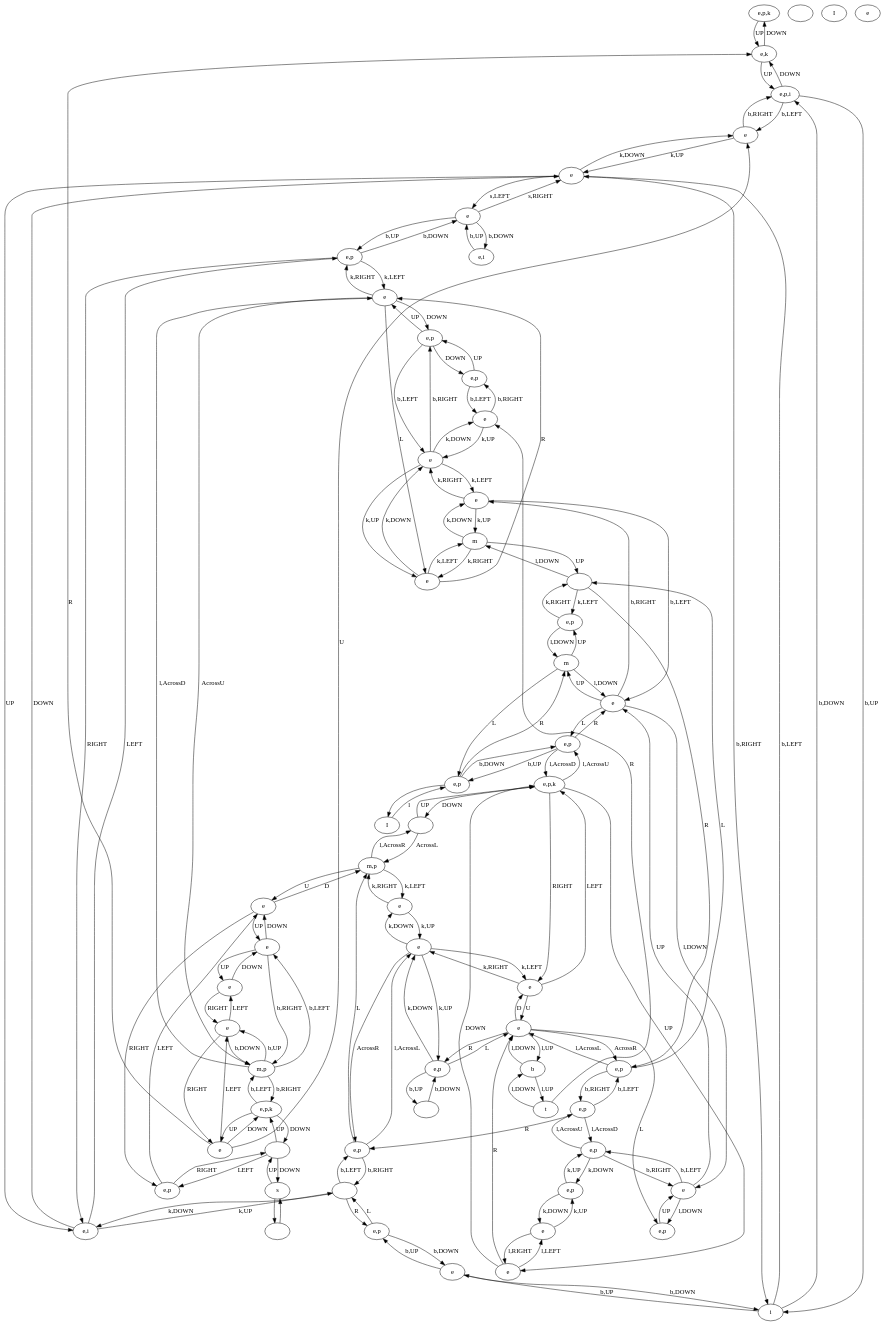
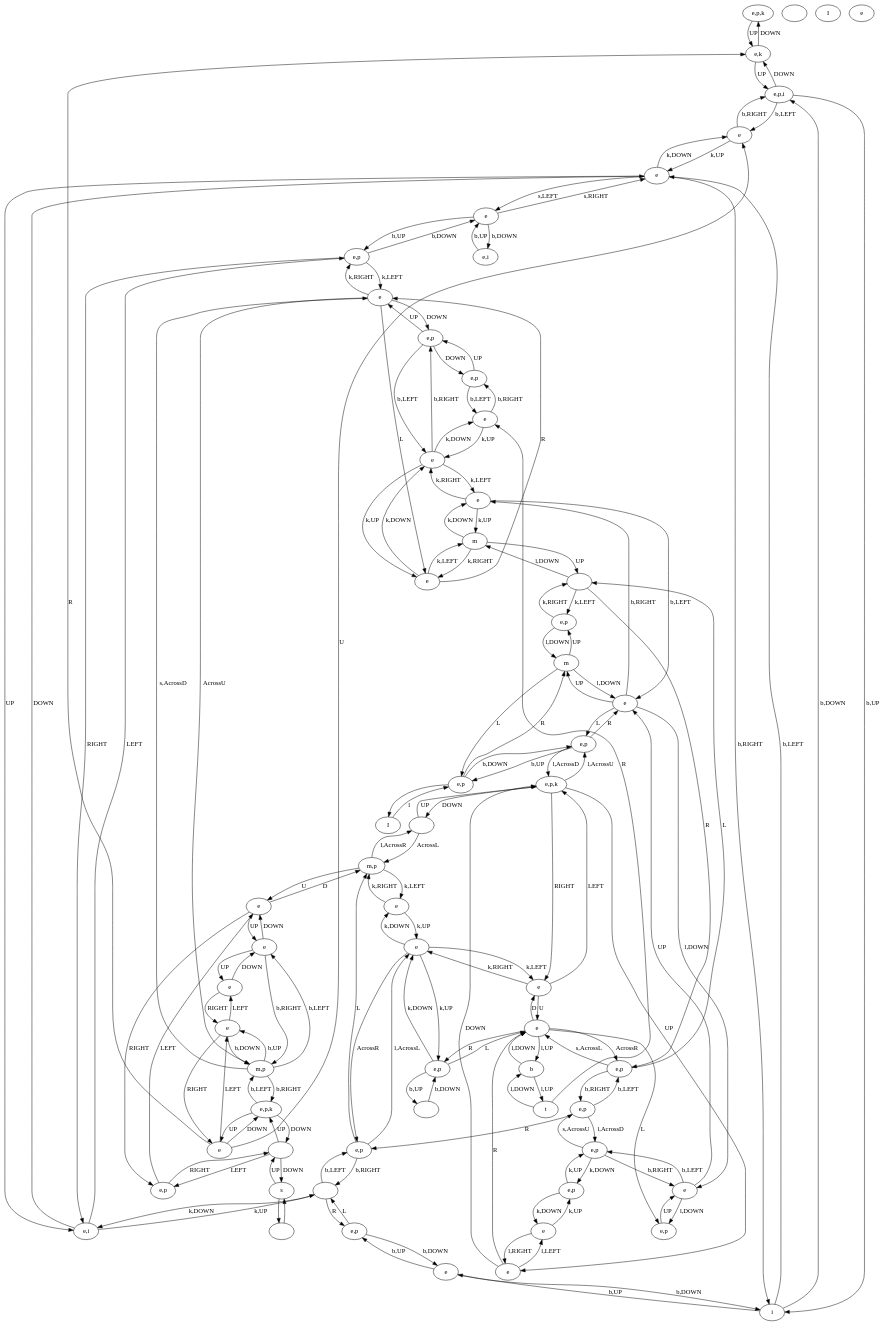
The diagram in data/VGLC/Zelda/Graph Processed/tloz9_1_flip.dot (schrum2/MM-NEAT), drawn with Graphviz before and after one commit. The commit also changed 4 other files, not shown here.

```diff
--- a/data/VGLC/Zelda/Graph Processed/tloz9_1_flip.dot
+++ b/data/VGLC/Zelda/Graph Processed/tloz9_1_flip.dot
@@ -185,11 +185,11 @@
 5 -> 33 [label="AcrossL"]
 55 -> 16 [label="l,AcrossD"]
 16 -> 55 [label="l,AcrossU"]
-57 -> 23 [label="l,AcrossU"]
+57 -> 23 [label="s,AcrossU"]
 23 -> 57 [label="l,AcrossD"]
 15 -> 22 [label="AcrossR"]
-22 -> 15 [label="l,AcrossL"]
-45 -> 2 [label="l,AcrossD"]
+22 -> 15 [label="s,AcrossL"]
+45 -> 2 [label="s,AcrossD"]
 2 -> 45 [label="AcrossU"]
 12 -> 37 [label="s,RIGHT"]
 37 -> 12 [label="s,LEFT"]
```
